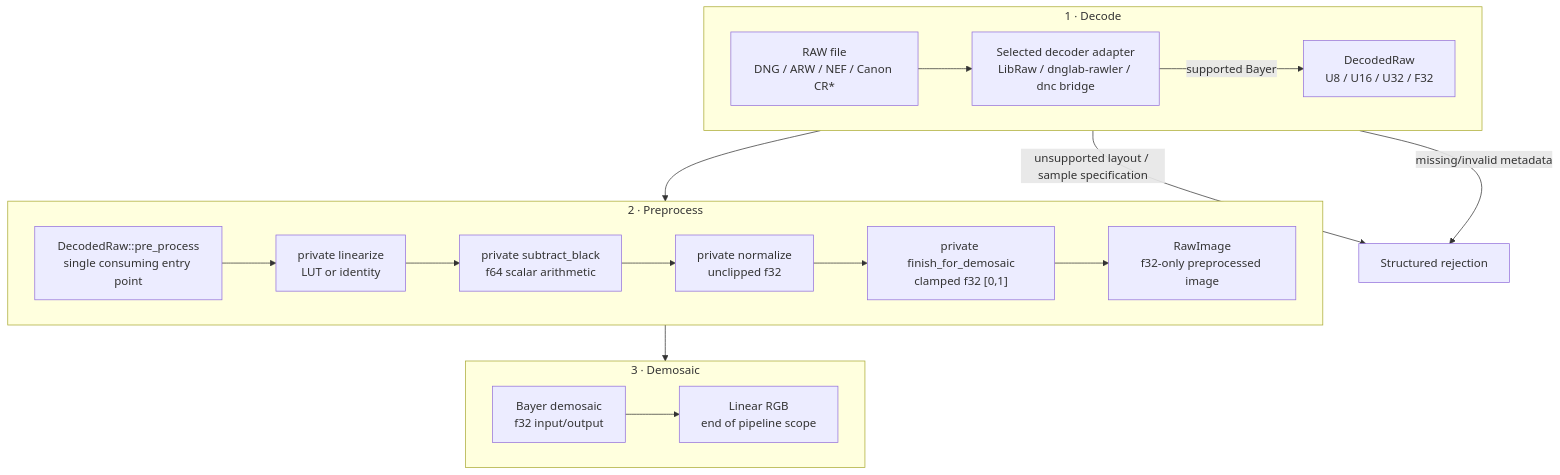
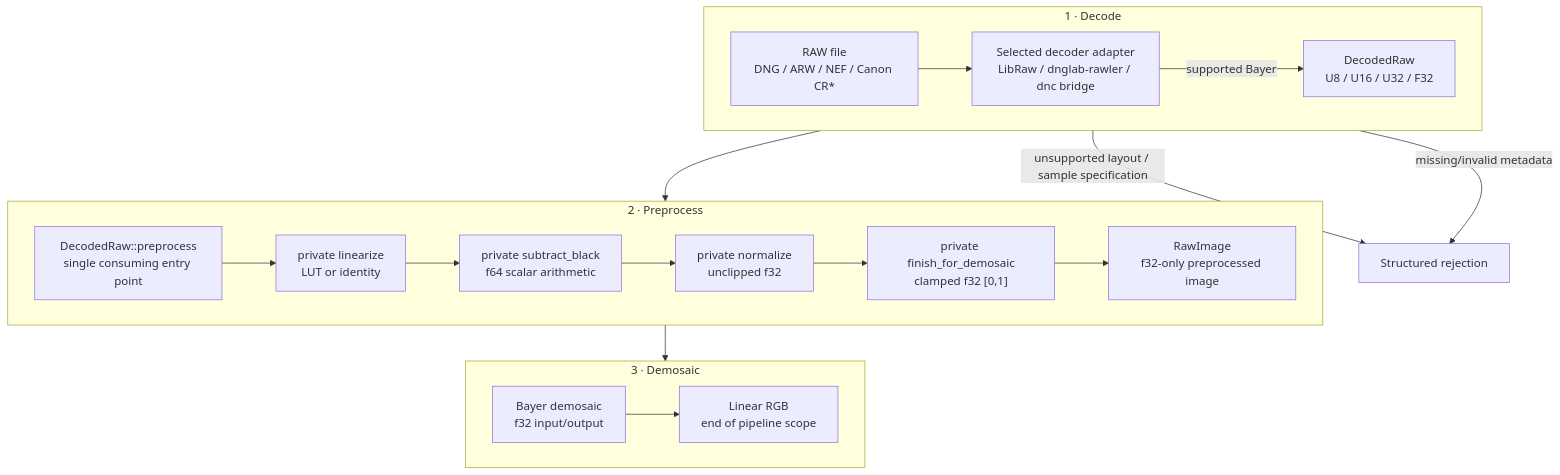
One commit to Glatzel/fornax changed the diagram in docs/raw-pipeline/raw-image-process.md. Above: the diagram before and after it, drawn with Mermaid. The commit also changed other lines of this file and 21 other files, not shown here.

````diff
--- a/docs/raw-pipeline/raw-image-process.md
+++ b/docs/raw-pipeline/raw-image-process.md
@@ -10,37 +10,37 @@
 ```mermaid
 flowchart TB
     subgraph DecodePhase["1 · Decode"]
         direction LR
         File["RAW file\nDNG / ARW / NEF / Canon CR*"]
         Adapter["Selected decoder adapter\nLibRaw / dnglab-rawler / dnc bridge"]
         Decoded["DecodedRaw\nU8 / U16 / U32 / F32"]
         File --> Adapter
         Adapter -->|supported Bayer| Decoded
     end
 
     subgraph PreprocessPhase["2 · Preprocess"]
         direction LR
-        Preprocess["DecodedRaw::pre_process\nsingle consuming entry point"]
+        Preprocess["DecodedRaw::preprocess\nsingle consuming entry point"]
         Linear["private linearize\nLUT or identity"]
         Subtract["private subtract_black\nf64 scalar arithmetic"]
         Normalize["private normalize\nunclipped f32"]
         Finish["private finish_for_demosaic\nclamped f32 [0,1]"]
         Ready["RawImage\nf32-only preprocessed image"]
 
         Decoded --> Preprocess
         Preprocess --> Linear --> Subtract --> Normalize --> Finish --> Ready
     end
 
     subgraph DemosaicPhase["3 · Demosaic"]
         direction LR
         Demosaic["Bayer demosaic\nf32 input/output"]
         Done["Linear RGB\nend of pipeline scope"]
         Demosaic --> Done
     end
 
     Reject["Structured rejection"]
 
     Adapter -->|unsupported layout / sample specification| Reject
     Decoded -->|missing/invalid metadata| Reject
     Ready --> Demosaic
 ```
````
